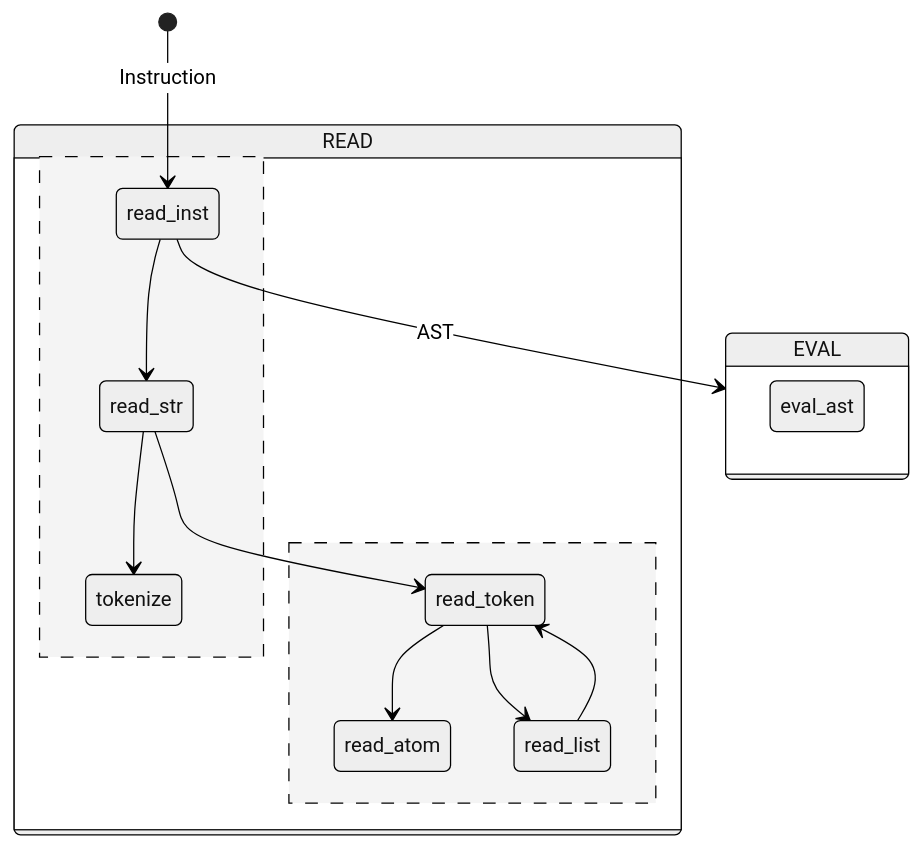
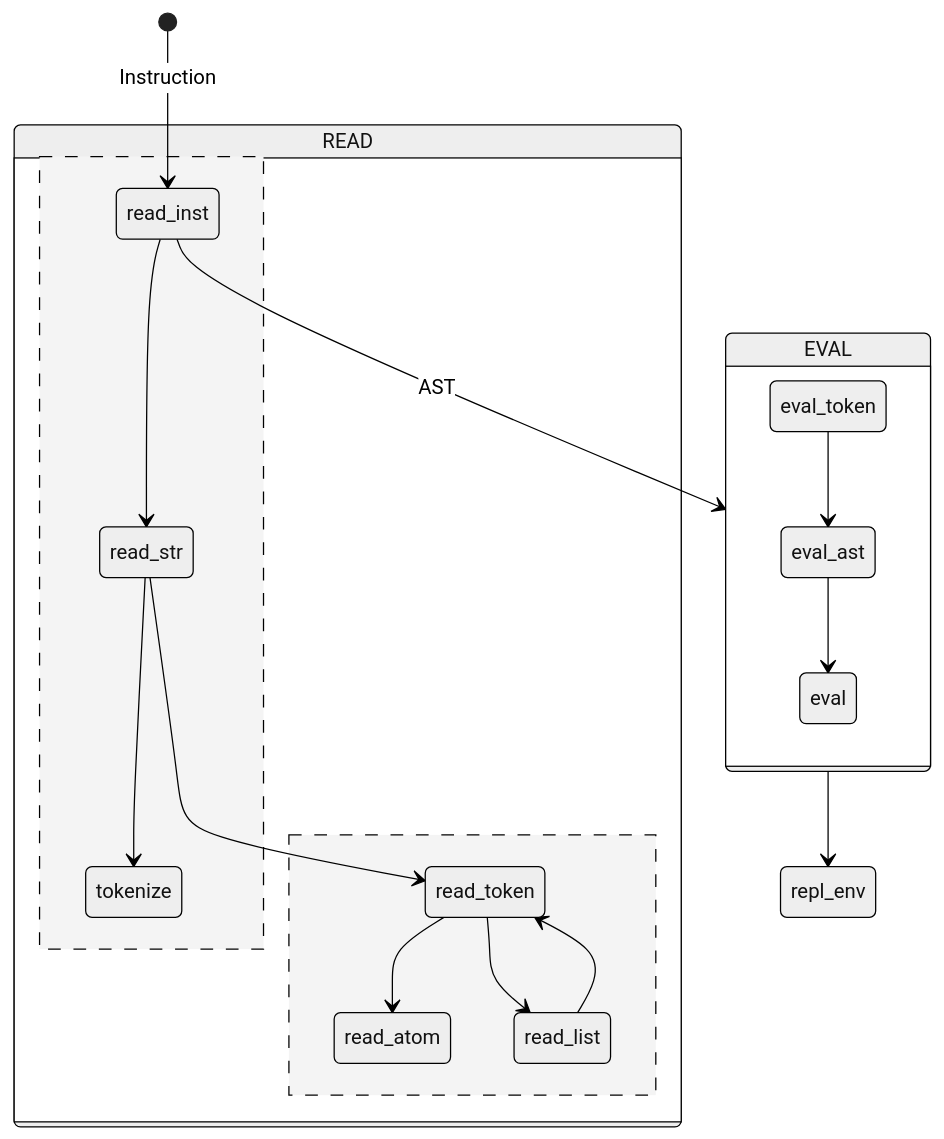
The third of 3 diagrams in doc/architecture.md (ldcas-uc3m/TFG), drawn with Mermaid (neutral theme) before and after one commit. The commit also changed other lines of this file and 5 other files, not shown here.

````diff
--- a/doc/architecture.md
+++ b/doc/architecture.md
@@ -72,23 +63,26 @@
 ``` mermaid
 stateDiagram-v2
 
     [*] --> read_inst: Instruction
 
     state READ {
         read_inst --> read_str
         read_str --> tokenize
         read_str --> read_token
 
         --
 
         read_token --> read_atom
         read_token --> read_list
         read_list --> read_token
     }
 
     read_inst --> EVAL: AST
 
     state EVAL {
-        eval_ast
+        eval_token --> eval_ast
+        eval_ast --> eval
     }
+
+    EVAL --> repl_env
 ```
````
